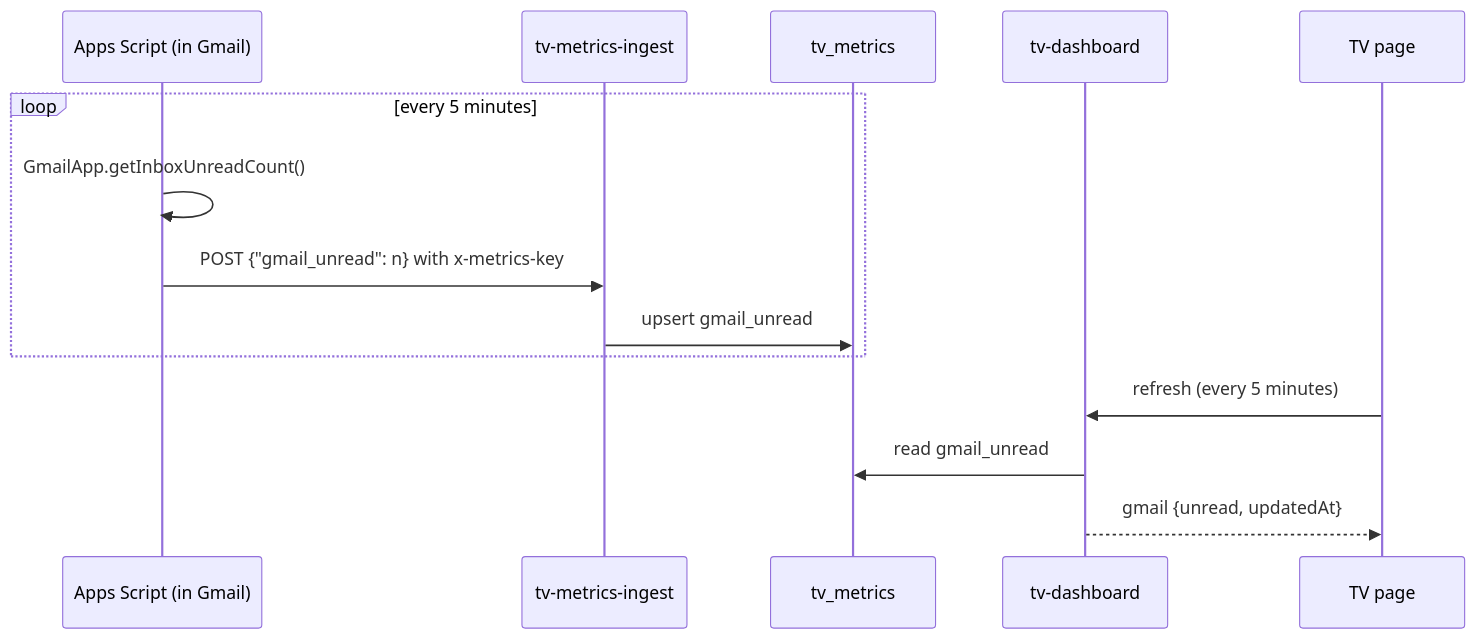
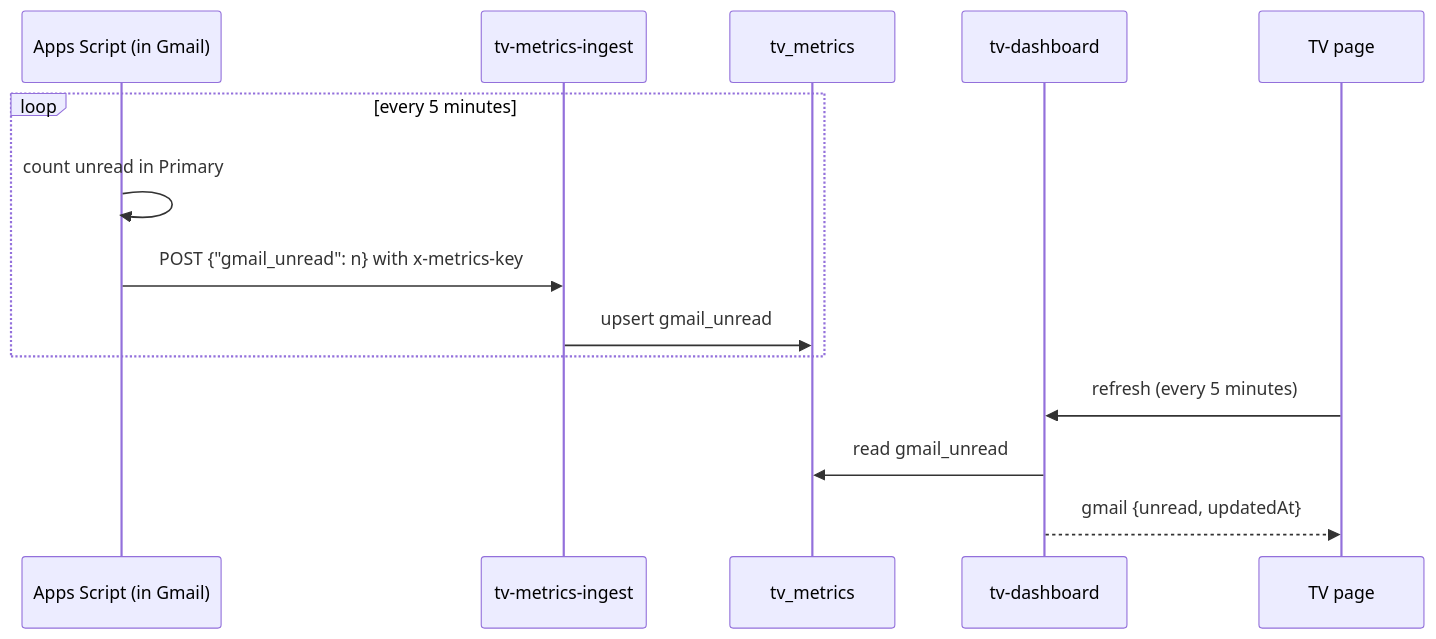
One commit to fernandomartinez-de/home-HQ changed the diagram in docs/gmail.md. Above: the diagram before and after it, drawn with Mermaid. The commit also changed other lines of this file and 1 other file, not shown here.

First line of the commit message:
Gmail count: Primary tab only

````diff
--- a/docs/gmail.md
+++ b/docs/gmail.md
@@ -7,16 +7,16 @@
 ```mermaid
 sequenceDiagram
     participant G as Apps Script (in Gmail)
     participant I as tv-metrics-ingest
     participant D as tv_metrics
     participant F as tv-dashboard
     participant TV as TV page
     loop every 5 minutes
-        G->>G: GmailApp.getInboxUnreadCount()
+        G->>G: count unread in Primary
         G->>I: POST {"gmail_unread": n} with x-metrics-key
         I->>D: upsert gmail_unread
     end
     TV->>F: refresh (every 5 minutes)
     F->>D: read gmail_unread
     F-->>TV: gmail {unread, updatedAt}
 ```
````
